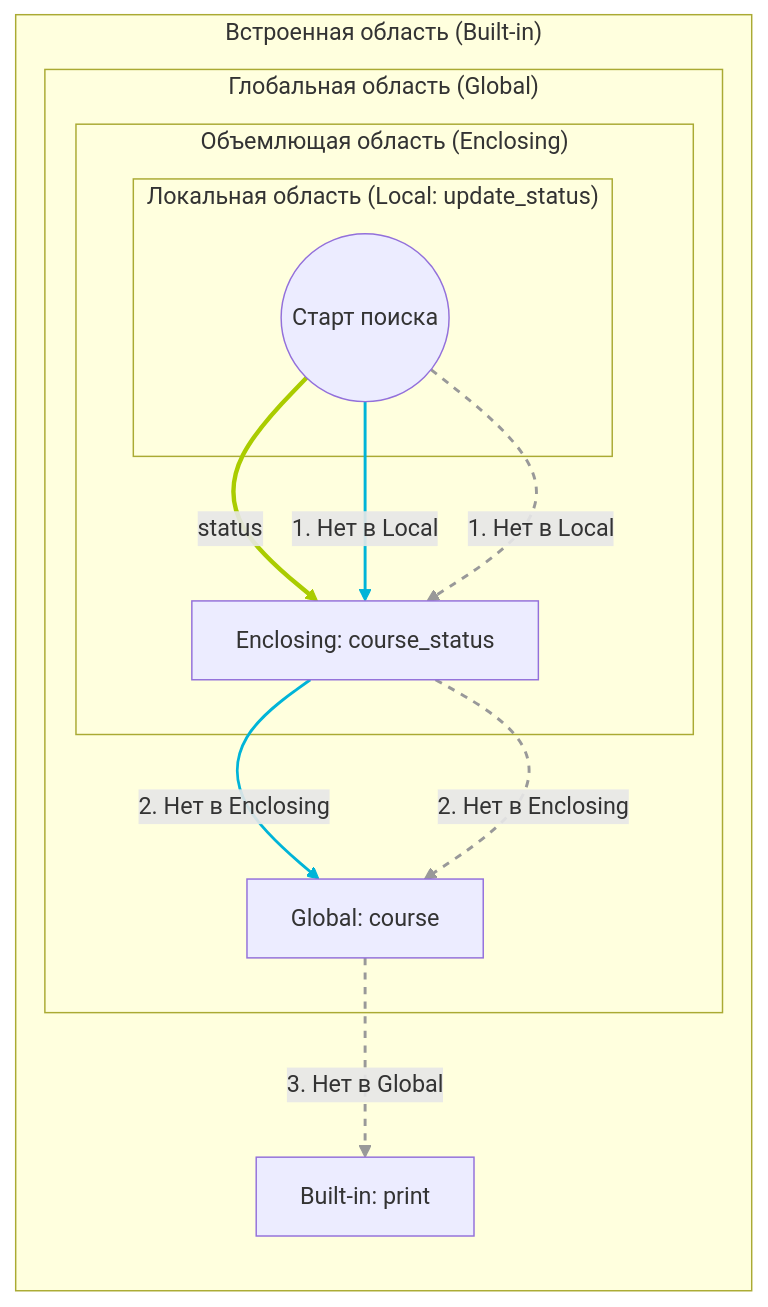
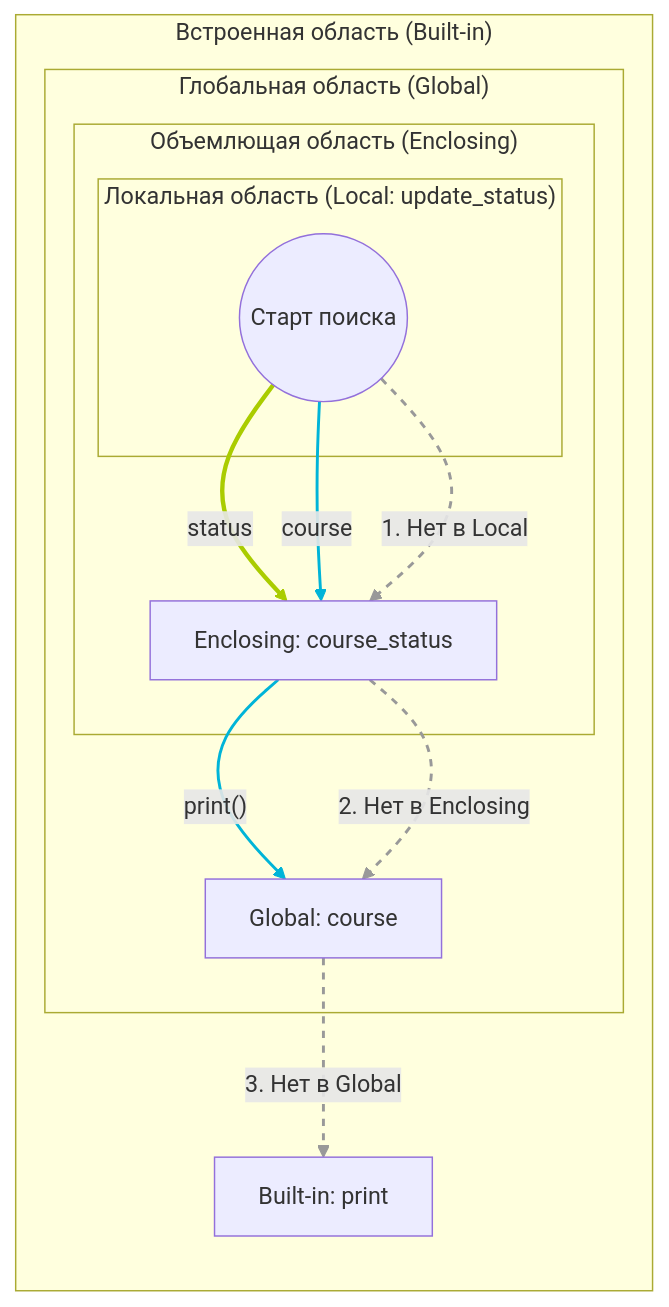
One commit to lizrd3352/labs_fop changed the diagram in solutions/lab_3/README.md. Above: the diagram before and after it, drawn with Mermaid.

````diff
--- a/solutions/lab_3/README.md
+++ b/solutions/lab_3/README.md
@@ -280,33 +280,33 @@
 ```mermaid
 graph LR
     %% Определение слоев областей видимости (Матрешка)
     subgraph Built_in ["Встроенная область (Built-in)"]
         PRINT[Built-in: print]
         
         subgraph Global ["Глобальная область (Global)"]
             COURSE[Global: course]
             
             subgraph Enclosing ["Объемлющая область (Enclosing)"]
                 STATUS[Enclosing: course_status]
                 
                 subgraph Local ["Локальная область (Local: update_status)"]
                     START((Старт поиска))
                 end
             end
         end
     end
 
     %% Пути поиска имен (Стрелки)
     START -- "status" --> STATUS
     
-    START -- "1. Нет в Local" --> STATUS
-    STATUS -- "2. Нет в Enclosing" --> COURSE
+    START -- "course" --> STATUS
+    STATUS -- "print()" --> COURSE
     
     START -. "1. Нет в Local" .-> STATUS
     STATUS -. "2. Нет в Enclosing" .-> COURSE
     COURSE -. "3. Нет в Global" .-> PRINT
     %% Стилизация стрелок
     linkStyle 0 stroke:#aacc00,stroke-width:3px;
     linkStyle 1,2 stroke:#00b4d8,stroke-width:2px;
     linkStyle 3,4,5 stroke:#999999,stroke-width:2px,stroke-dasharray: 5 5;
 ```
````
